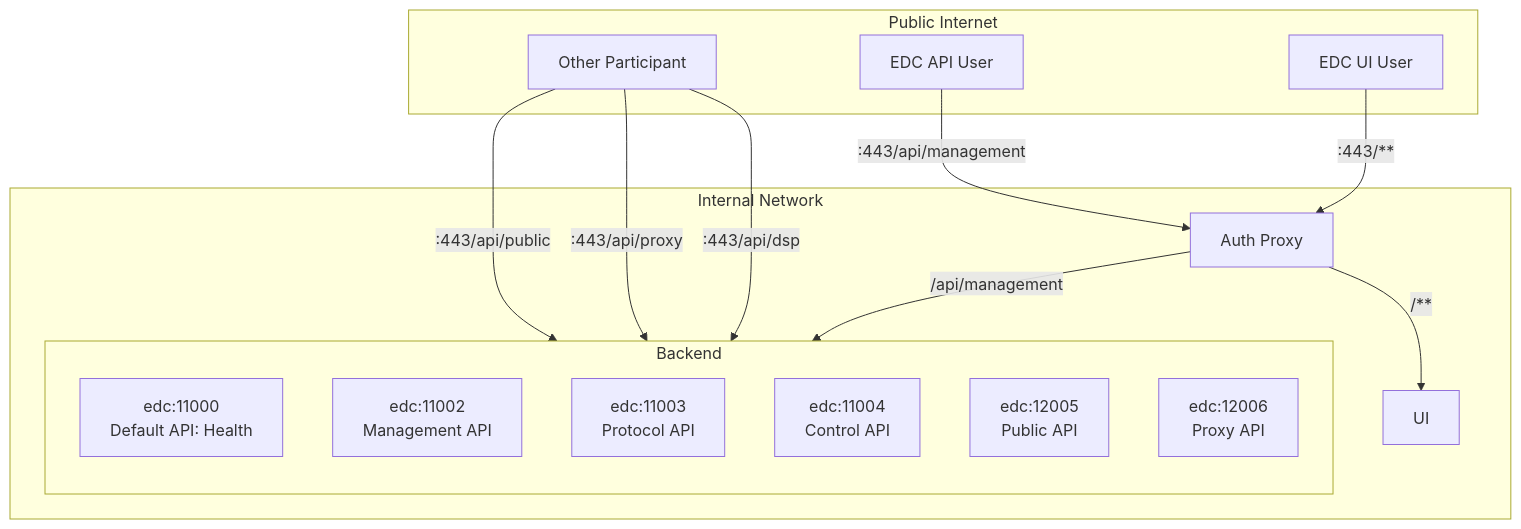
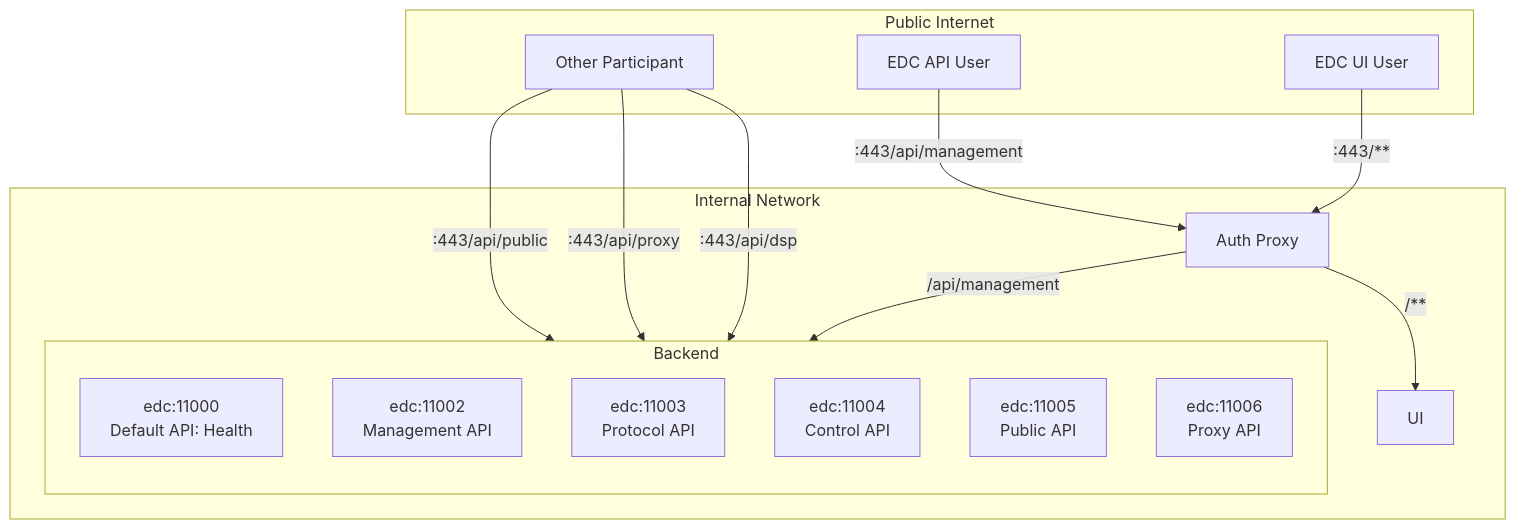
One commit to sovity/edc-ce changed the diagram in docs/deployment-guide/goals/production-ce/cp-with-integrated-dp.md. Above: the diagram before and after it, drawn with Mermaid. The commit also changed 91 other files, not shown here.

````diff
--- a/docs/deployment-guide/goals/production-ce/cp-with-integrated-dp.md
+++ b/docs/deployment-guide/goals/production-ce/cp-with-integrated-dp.md
@@ -38,31 +38,31 @@
 ```mermaid
 flowchart TD
   subgraph Internal Network
     subgraph Backend
       direction TB
       edc-11001[edc:11000<br>Default API: Health]
       edc-11002[edc:11002<br>Management API]
       edc-11003[edc:11003<br>Protocol API]
       edc-11004[edc:11004<br>Control API]
-      edc-11005[edc:12005<br>Public API]
-      edc-11006[edc:12006<br>Proxy API]
+      edc-11005[edc:11005<br>Public API]
+      edc-11006[edc:11006<br>Proxy API]
     end
     auth-proxy[Auth Proxy]
     ui[UI]
 
   end
 
   subgraph Public Internet
     counterparty[Other Participant]
     ui-user[EDC UI User]
     api-user[EDC API User]
   end
 
   counterparty -- :443/api/public --> edc-11005
   counterparty -- :443/api/proxy --> edc-11006
   counterparty -- :443/api/dsp --> edc-11003
   api-user -- :443/api/management --> auth-proxy
   ui-user -- :443/** --> auth-proxy
   auth-proxy -- /** --> ui
   auth-proxy -- /api/management --> edc-11002
 ```
````
